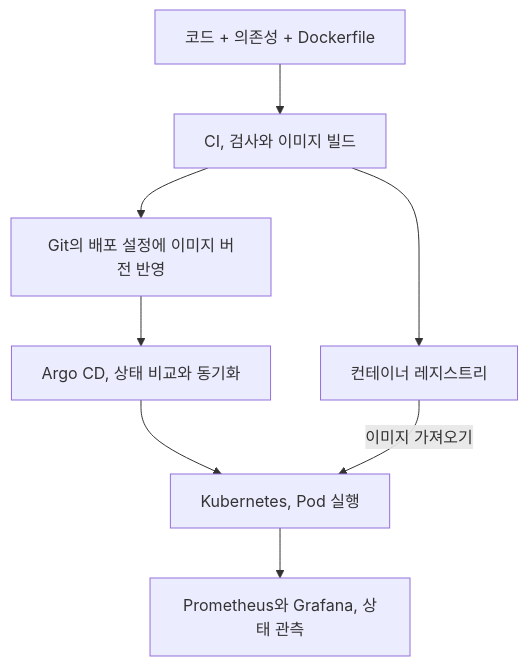
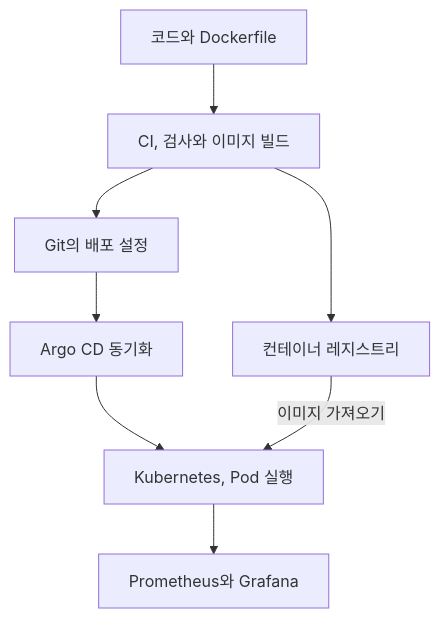
One commit to johklo/johklo.github.io changed the diagram in content/docs/tech/machine-learning-platform-engineering/03-kubernetes-foundation.md. Above: the diagram before and after it, drawn with Mermaid. The commit also changed other lines of this file and 13 other files, not shown here.

````diff
--- a/content/docs/tech/machine-learning-platform-engineering/03-kubernetes-foundation.md
+++ b/content/docs/tech/machine-learning-platform-engineering/03-kubernetes-foundation.md
@@ -24,12 +14,12 @@
 ```mermaid
 flowchart TD
     accTitle: 코드에서 Kubernetes 배포까지의 흐름
-    accDescr: 코드를 CI에서 검사하고 이미지를 빌드해 레지스트리에 저장한다. Git의 배포 설정을 Argo CD로 동기화하고 Kubernetes가 지정 이미지를 가져와 실행한다.
-    A["코드 + 의존성 + Dockerfile"] --> B["CI, 검사와 이미지 빌드"]
+    accDescr: 코드를 CI에서 검사하고 이미지를 빌드해 레지스트리에 저장한다. Git의 배포 설정을 Argo CD로 동기화하고 Kubernetes가 지정 이미지를 가져와 실행하며, Prometheus와 Grafana가 상태를 관측한다.
+    A["코드와 Dockerfile"] --> B["CI, 검사와 이미지 빌드"]
     B --> C["컨테이너 레지스트리"]
-    B --> D["Git의 배포 설정에 이미지 버전 반영"]
-    D --> E["Argo CD, 상태 비교와 동기화"]
+    B --> D["Git의 배포 설정"]
+    D --> E["Argo CD 동기화"]
     E --> F["Kubernetes, Pod 실행"]
     C -->|"이미지 가져오기"| F
-    F --> G["Prometheus와 Grafana, 상태 관측"]
+    F --> G["Prometheus와 Grafana"]
 ```
````
